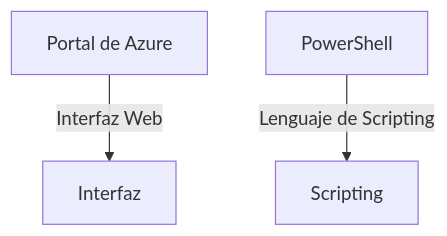
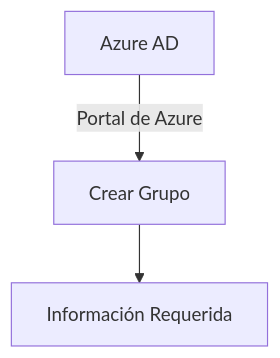
Before and after one commit to fedesantamarina/az-104: the third of 6 diagrams in Crear Usuarios y Grupos en Azure AD.md, drawn with Mermaid. The commit also changed other lines of this file, not shown here.

````diff
--- a/Crear Usuarios y Grupos en Azure AD.md
+++ b/Crear Usuarios y Grupos en Azure AD.md
@@ -54,5 +47,5 @@
 ```mermaid
-graph TD;
-  A1[Portal de Azure] -->|Interfaz Web| A2[Interfaz]
-  B1[PowerShell] -->|Lenguaje de Scripting| B2[Scripting]
+graph TD
+  A[Azure AD] -->|Portal de Azure| B[Crear Grupo]
+  B --> C[Información Requerida]
 ```
````
